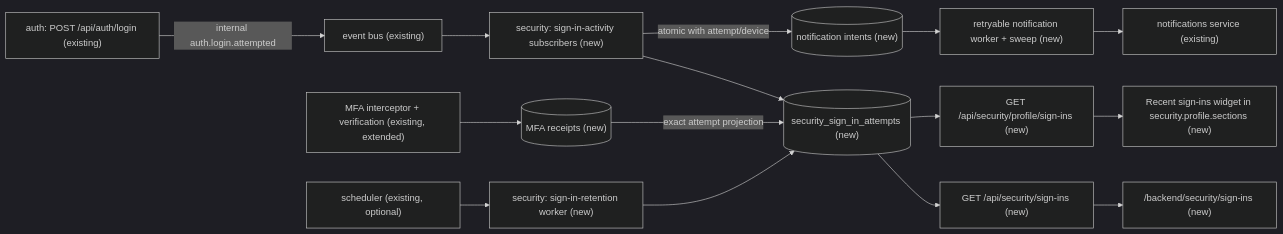
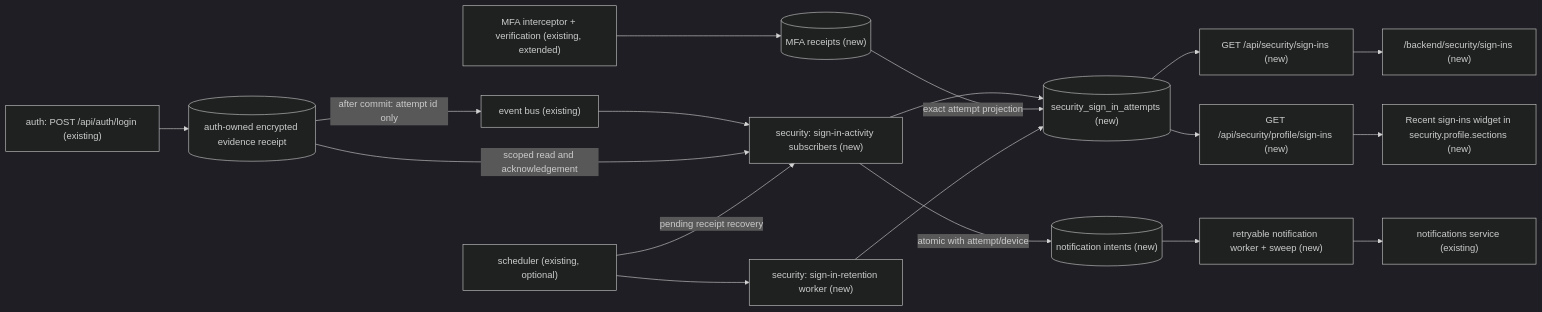
Before and after one commit to open-mercato/open-mercato: the first of 2 diagrams in .ai/specs/enterprise/2026-11-13-sign-in-activity.md, drawn with Mermaid (dark theme). The commit also changed other lines of this file and 17 other files, not shown here.

````diff
--- a/.ai/specs/enterprise/2026-11-13-sign-in-activity.md
+++ b/.ai/specs/enterprise/2026-11-13-sign-in-activity.md
@@ -64,17 +64,20 @@
 ```mermaid
 flowchart LR
-    login["auth: POST /api/auth/login (existing)"] -->|internal auth.login.attempted| bus["event bus (existing)"]
+    login["auth: POST /api/auth/login (existing)"] --> source[("auth-owned encrypted evidence receipt")]
+    source -->|after commit: attempt id only| bus["event bus (existing)"]
     bus --> sub["security: sign-in-activity subscribers (new)"]
+    source -->|scoped read and acknowledgement| sub
+    sched -->|pending receipt recovery| sub
     sub --> tbl[("security_sign_in_attempts (new)")]
     sub -->|atomic with attempt/device| intent[("notification intents (new)")]
     intent --> delivery["retryable notification worker + sweep (new)"]
     delivery --> notif["notifications service (existing)"]
     mfa["MFA interceptor + verification (existing, extended)"] --> receipt[("MFA receipts (new)")]
     receipt -->|exact attempt projection| tbl
     sched["scheduler (existing, optional)"] --> worker["security: sign-in-retention worker (new)"]
     worker --> tbl
     tbl --> adminApi["GET /api/security/sign-ins (new)"]
     tbl --> ownApi["GET /api/security/profile/sign-ins (new)"]
     adminApi --> adminPage["/backend/security/sign-ins (new)"]
     ownApi --> widget["Recent sign-ins widget in security.profile.sections (new)"]
 ```
````
